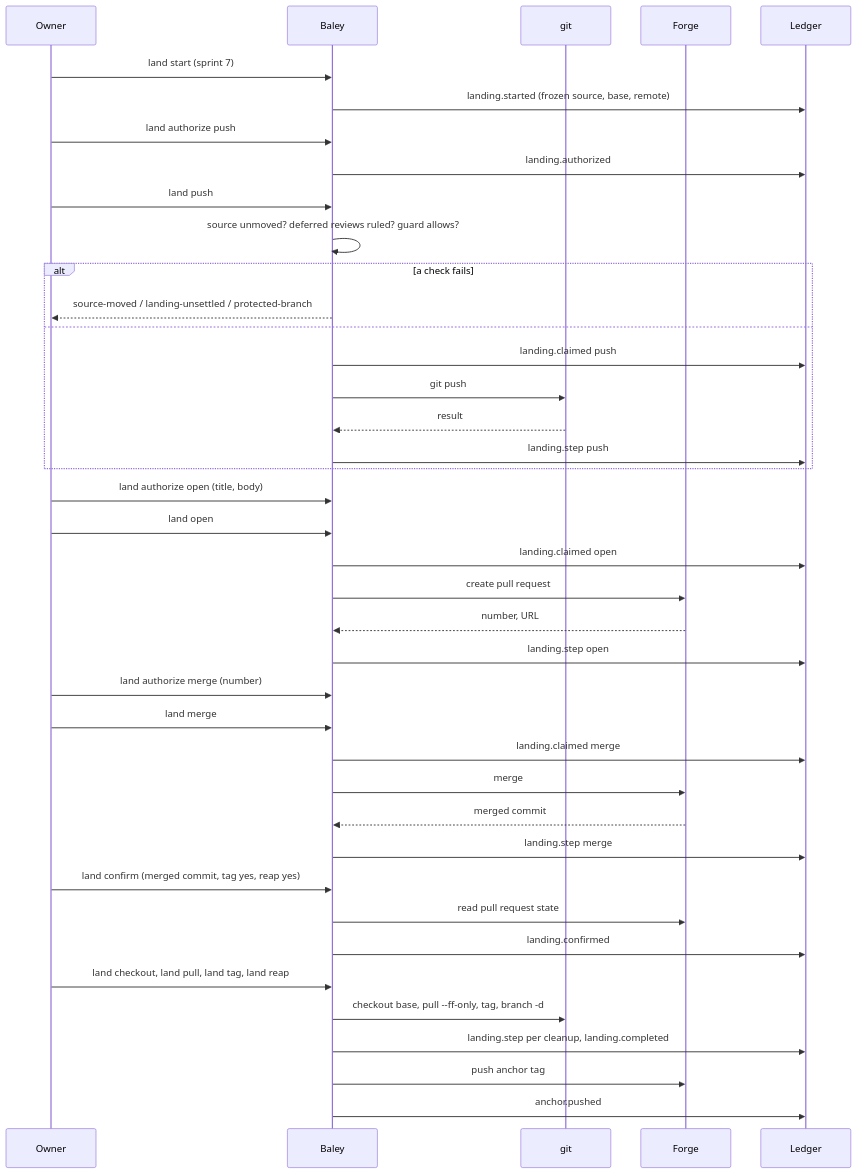
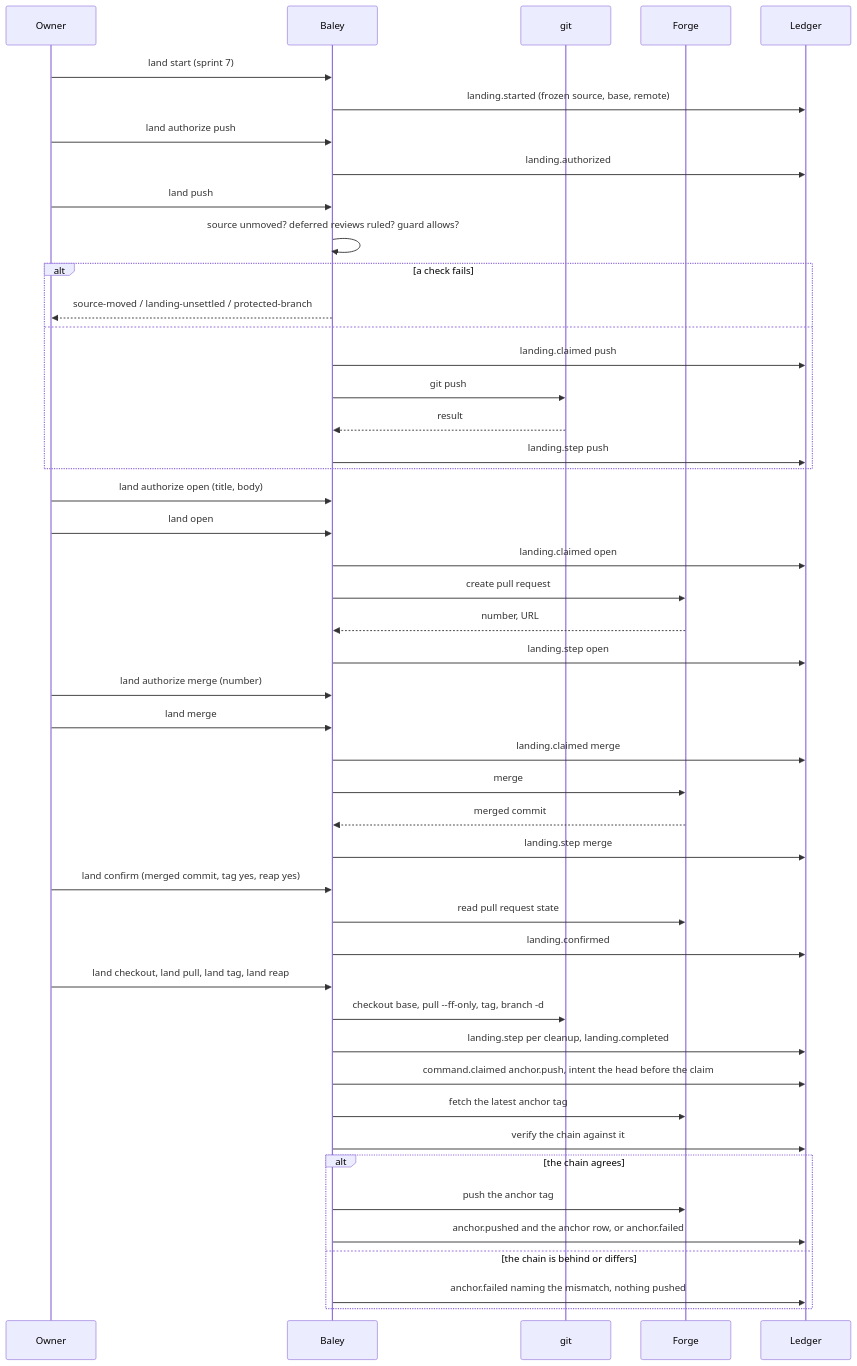
The fourth of 6 diagrams in docs/design/0011-milestones-landing-undo-pause.md (crenshawdev/baley), drawn with Mermaid before and after one commit. The commit also changed other lines of this file and 1 other file, not shown here.

Commit message:
docs(design): describe the anchor push, verify and the anchor row as built
Build 1, task 11 (#22). Designs 0001 and 0011 now say how the anchor
command claims, checks, pushes and records, what verify reports, and
why the anchor row is a cache and never the witness. A refused anchor
after a restore names the acknowledge-restore command T12 builds.

````diff
--- a/docs/design/0011-milestones-landing-undo-pause.md
+++ b/docs/design/0011-milestones-landing-undo-pause.md
@@ -228,42 +230,49 @@
 ```mermaid
 sequenceDiagram
   participant O as Owner
   participant B as Baley
   participant G as git
   participant F as Forge
   participant L as Ledger
   O->>B: land start (sprint 7)
   B->>L: landing.started (frozen source, base, remote)
   O->>B: land authorize push
   B->>L: landing.authorized
   O->>B: land push
   B->>B: source unmoved? deferred reviews ruled? guard allows?
   alt a check fails
     B-->>O: source-moved / landing-unsettled / protected-branch
   else
     B->>L: landing.claimed push
     B->>G: git push
     G-->>B: result
     B->>L: landing.step push
   end
   O->>B: land authorize open (title, body)
   O->>B: land open
   B->>L: landing.claimed open
   B->>F: create pull request
   F-->>B: number, URL
   B->>L: landing.step open
   O->>B: land authorize merge (number)
   O->>B: land merge
   B->>L: landing.claimed merge
   B->>F: merge
   F-->>B: merged commit
   B->>L: landing.step merge
   O->>B: land confirm (merged commit, tag yes, reap yes)
   B->>F: read pull request state
   B->>L: landing.confirmed
   O->>B: land checkout, land pull, land tag, land reap
   B->>G: checkout base, pull --ff-only, tag, branch -d
   B->>L: landing.step per cleanup, landing.completed
-  B->>F: push anchor tag
-  B->>L: anchor.pushed
+  B->>L: command.claimed anchor.push, intent the head before the claim
+  B->>F: fetch the latest anchor tag
+  B->>L: verify the chain against it
+  alt the chain agrees
+    B->>F: push the anchor tag
+    B->>L: anchor.pushed and the anchor row, or anchor.failed
+  else the chain is behind or differs
+    B->>L: anchor.failed naming the mismatch, nothing pushed
+  end
 ```
````
